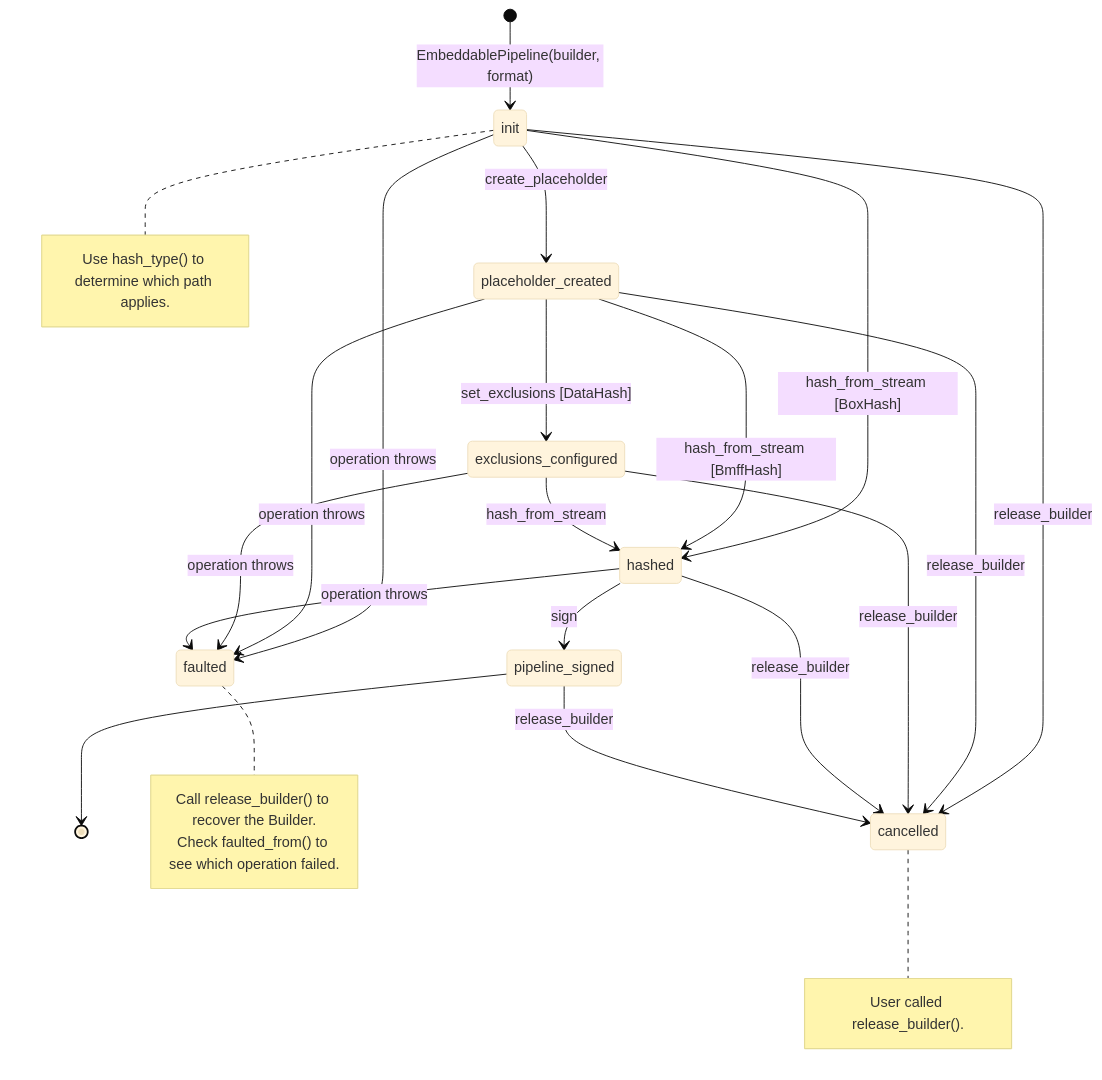
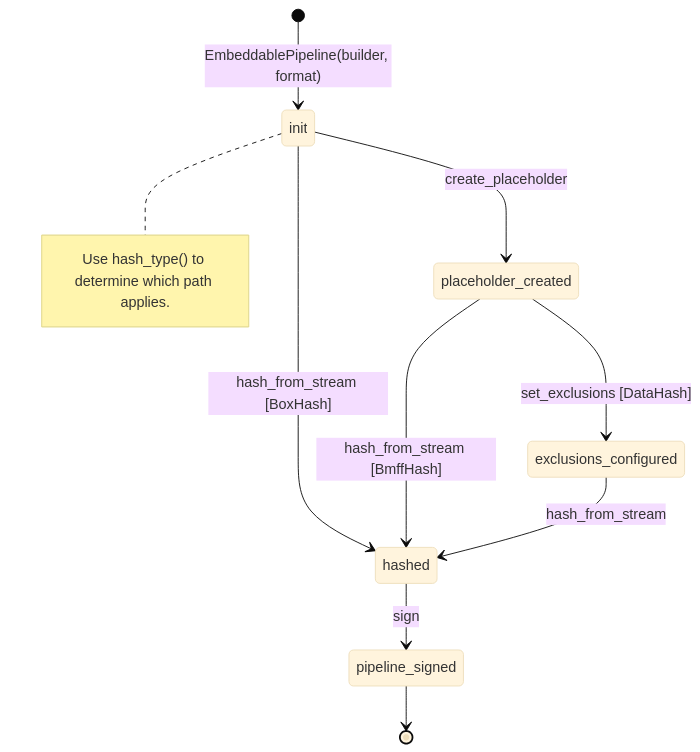
Before and after one commit to contentauth/c2pa-c: the seventh of 8 diagrams in docs/embeddable-api.md, drawn with Mermaid (base theme). The commit also changed other lines of this file, not shown here.

Commit message:
fix: Tips and tricks

````diff
--- a/docs/embeddable-api.md
+++ b/docs/embeddable-api.md
@@ -550,39 +550,19 @@
 ```mermaid
 stateDiagram-v2
     [*] --> init : EmbeddablePipeline(builder, format)
 
     init --> placeholder_created : create_placeholder
     init --> hashed : hash_from_stream [BoxHash]
 
     placeholder_created --> exclusions_configured : set_exclusions [DataHash]
     placeholder_created --> hashed : hash_from_stream [BmffHash]
 
     exclusions_configured --> hashed : hash_from_stream
 
     hashed --> pipeline_signed : sign
     pipeline_signed --> [*]
 
-    init --> faulted : operation throws
-    placeholder_created --> faulted : operation throws
-    exclusions_configured --> faulted : operation throws
-    hashed --> faulted : operation throws
-
-    init --> cancelled : release_builder
-    placeholder_created --> cancelled : release_builder
-    exclusions_configured --> cancelled : release_builder
-    hashed --> cancelled : release_builder
-    pipeline_signed --> cancelled : release_builder
-
     note right of init
         Use hash_type() to determine which path applies.
     end note
-
-    note right of faulted
-        Call release_builder() to recover the Builder.
-        Check faulted_from() to see which operation failed.
-    end note
-
-    note right of cancelled
-        User called release_builder().
-    end note
 ```
````
